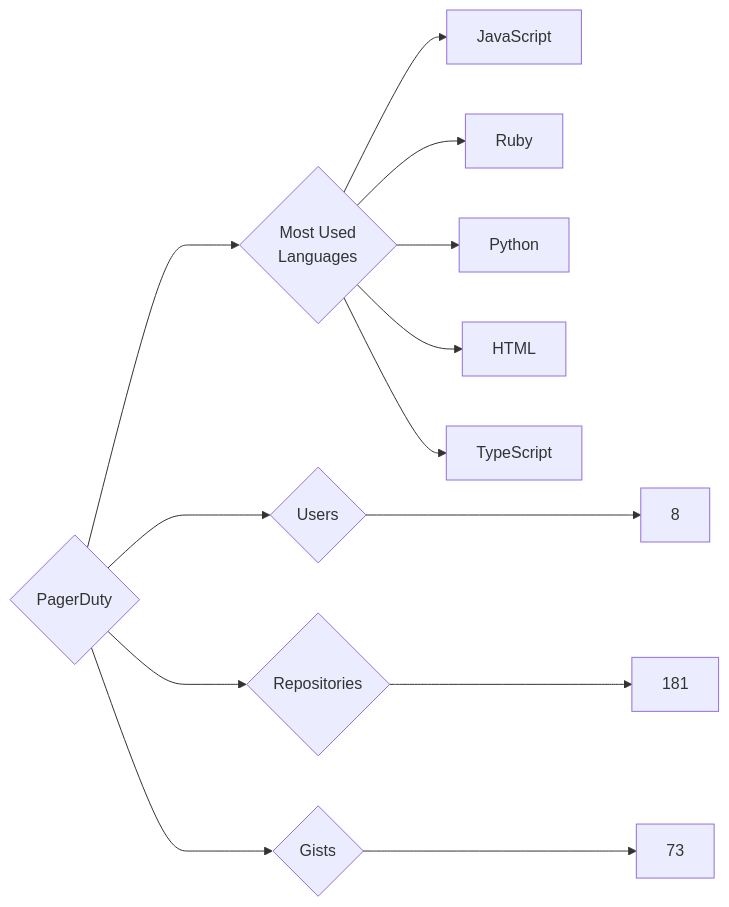
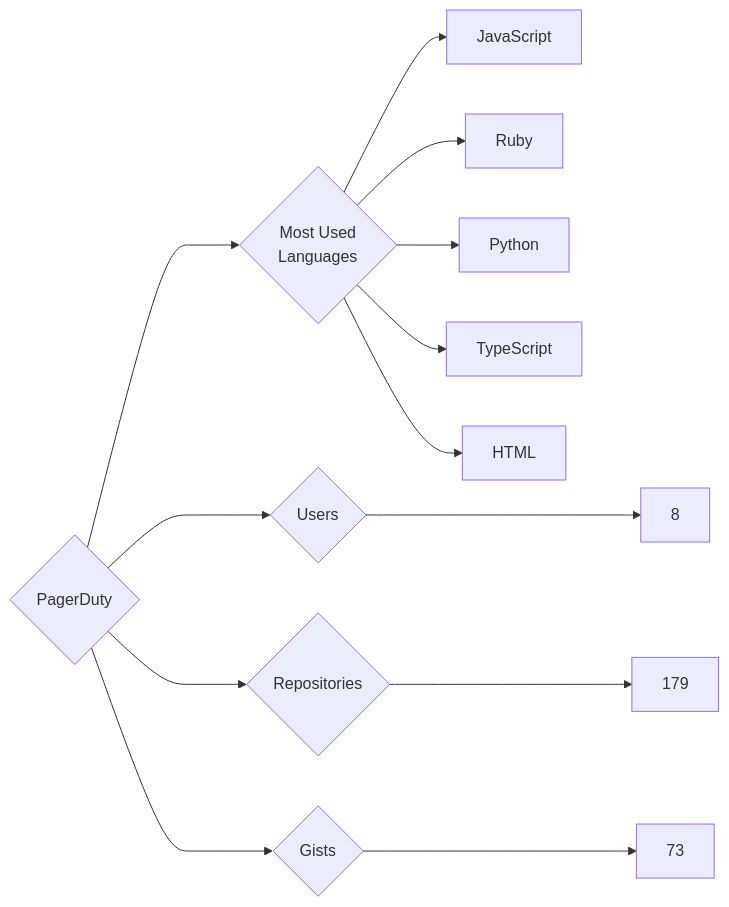
The diagram in targets/PagerDuty/README.md (trickest/insiders), drawn with Mermaid before and after one commit. The commit also changed 1248 other files, not shown here.

````diff
--- a/targets/PagerDuty/README.md
+++ b/targets/PagerDuty/README.md
@@ -3,13 +3,13 @@
 ```mermaid
 graph LR
 COMPANY_NAME{PagerDuty}
 COMPANY_NAME ---> U{Users} ---> UN[8]
-COMPANY_NAME ---> R{Repositories} ---> RN[181]
+COMPANY_NAME ---> R{Repositories} ---> RN[179]
 COMPANY_NAME ---> G{Gists} ---> GN[73]
 COMPANY_NAME ---> ML{Most Used<br>Languages}
 ML --> JavaScript[JavaScript]
 ML --> Ruby[Ruby]
 ML --> Python[Python]
+ML --> TypeScript[TypeScript]
 ML --> HTML[HTML]
-ML --> TypeScript[TypeScript]
 ```
````
